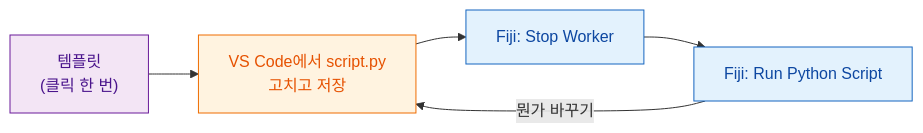
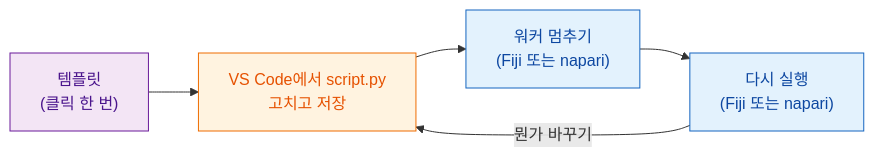
The diagram in guide/write/get-the-template.ko.md (Oxford-Zeiss-Centre-of-Excellence/Wavu), drawn with Mermaid before and after one commit. The commit also changed other lines of this file and 70 other files, not shown here.

First line of the commit message:
docs(site): Oxford blue theme with partner logos; napari throughout "Write a script"; FAIR marketplace

````diff
--- a/guide/write/get-the-template.ko.md
+++ b/guide/write/get-the-template.ko.md
@@ -15,13 +17,13 @@
 ```mermaid
 flowchart LR
     T["템플릿<br/>(클릭 한 번)"]:::env
     V["VS Code에서 script.py<br/>고치고 저장"]:::script
-    S["Fiji: Stop Worker"]:::fiji
-    R["Fiji: Run Python Script"]:::fiji
+    S["워커 멈추기<br/>(Fiji 또는 napari)"]:::fiji
+    R["다시 실행<br/>(Fiji 또는 napari)"]:::fiji
     T --> V --> S --> R
     R -- "뭔가 바꾸기" --> V
 
     classDef fiji   fill:#e3f2fd,stroke:#1565c0,color:#0d47a1
     classDef script fill:#fff3e0,stroke:#ef6c00,color:#e65100
     classDef env    fill:#f3e5f5,stroke:#6a1b9a,color:#4a148c
 ```
````
